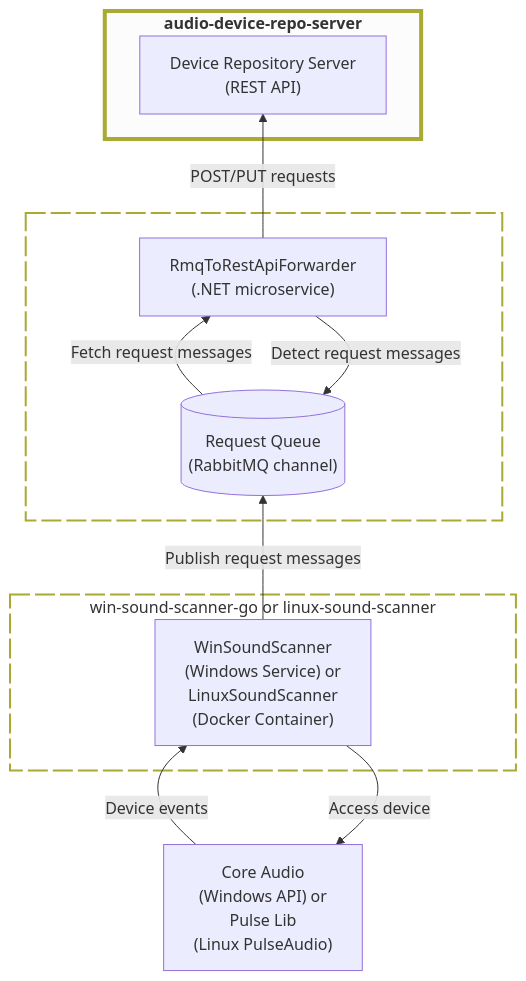
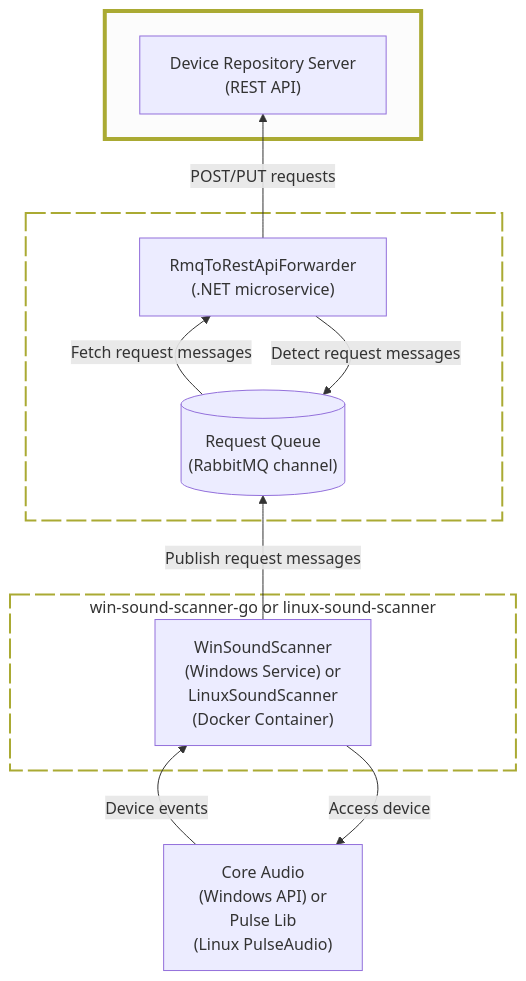
The diagram in README.md (collect-sound-devices/audio-device-repo-server), drawn with Mermaid before and after one commit.

Commit message:
Improve formatting in README.md
Updated formatting in the README for better readability.

````diff
--- a/README.md
+++ b/README.md
@@ -9,43 +9,43 @@
 ```mermaid
 flowchart BT
 
 classDef dottedBox fill:transparent,fill-opacity:0.55, stroke-dasharray:20 5,stroke-width:2px;
 classDef stressedBox fill:#f0f0f0,fill-opacity:0.2,stroke-width:4px;
 classDef invisibleNode fill:transparent,stroke:transparent;
 
 coreAudioApi["Core Audio<br>(Windows API) or<br>Pulse Lib<br>(Linux PulseAudio)"]
 
 subgraph scannerService["win-sound-scanner-go or linux-sound-scanner"]
     invisible1["<br><br><br><br><br>"]
     class invisible1 invisibleNode
     winSoundScannerService["WinSoundScanner<br>(Windows Service) or<br>LinuxSoundScanner<br>(Docker Container)"]
     invisible2["<br><br><br><br><br>"]
     class invisible2 invisibleNode
 end
 class scannerService dottedBox
 
 subgraph requestQueueMicroservice["<br>"]
     requestQueue[("Request Queue<br>(RabbitMQ channel)")]
     rabbitMqRestForwarder["RmqToRestApiForwarder<br>(.NET microservice)"]
 end
 class requestQueueMicroservice dottedBox
 
-subgraph repoServer["<b>audio-device-repo-server</b>"]
+subgraph repoServer["<br>"]
   invisible1["<br><br><br>"]
   class invisible1 invisibleNode
   deviceRepositoryApi["Device Repository Server<br>(REST API)"]
   invisible2["<br><br><br>"]
   class invisible2 invisibleNode
 end
 class repoServer stressedBox
 
 winSoundScannerService --> |Access device| coreAudioApi
 coreAudioApi -->|Device events| winSoundScannerService
 
 winSoundScannerService -->|Publish request messages| requestQueue
 
 requestQueue -->|Fetch request messages| rabbitMqRestForwarder
 rabbitMqRestForwarder --> |Detect request messages| requestQueue
 rabbitMqRestForwarder -->|POST/PUT requests| deviceRepositoryApi
 
 ```
````
